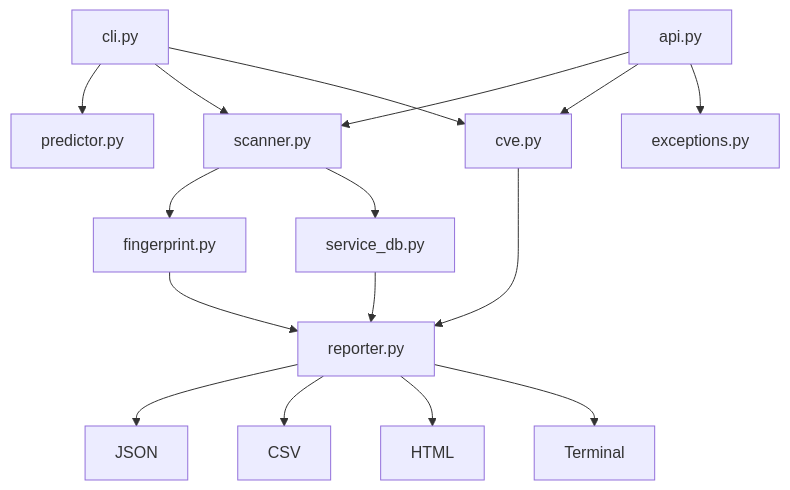
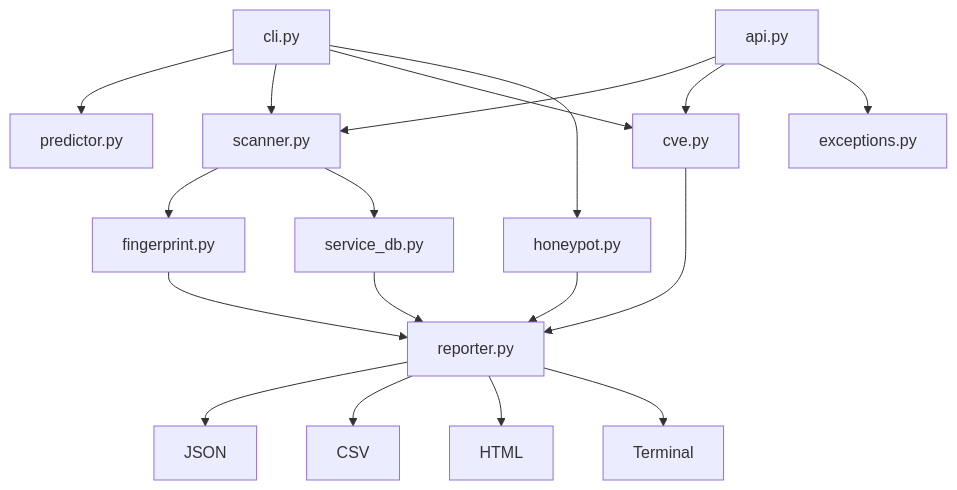
One commit to JakobBartoschek/porthawk changed the diagram in README.md. Above: the diagram before and after it, drawn with Mermaid. The commit also changed other lines of this file and 8 other files, not shown here.

````diff
--- a/README.md
+++ b/README.md
@@ -44,32 +45,35 @@
 ```mermaid
 flowchart TD
     CLI["cli.py"]
     API["api.py"]
     SCAN["scanner.py"]
     FP["fingerprint.py"]
     PRED["predictor.py"]
     SDB["service_db.py"]
     CVE["cve.py"]
+    HP["honeypot.py"]
     EXC["exceptions.py"]
     REP["reporter.py"]
     OUT_JSON["JSON"]
     OUT_CSV["CSV"]
     OUT_HTML["HTML"]
     OUT_TERM["Terminal"]
 
     CLI --> PRED
     CLI --> SCAN
     CLI --> CVE
+    CLI --> HP
     API --> SCAN
     API --> CVE
     API --> EXC
     SCAN --> FP
     SCAN --> SDB
     FP --> REP
     SDB --> REP
     CVE --> REP
+    HP --> REP
     REP --> OUT_JSON
     REP --> OUT_CSV
     REP --> OUT_HTML
     REP --> OUT_TERM
 ```
````
